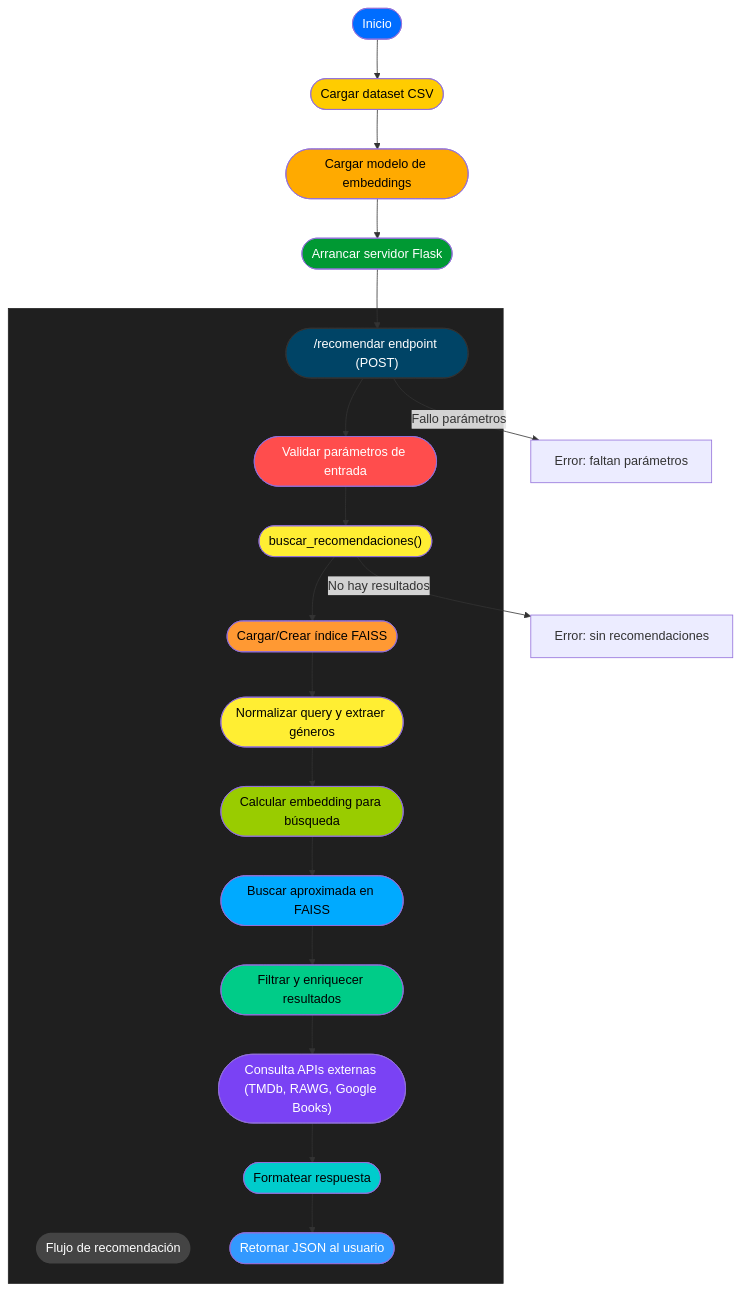
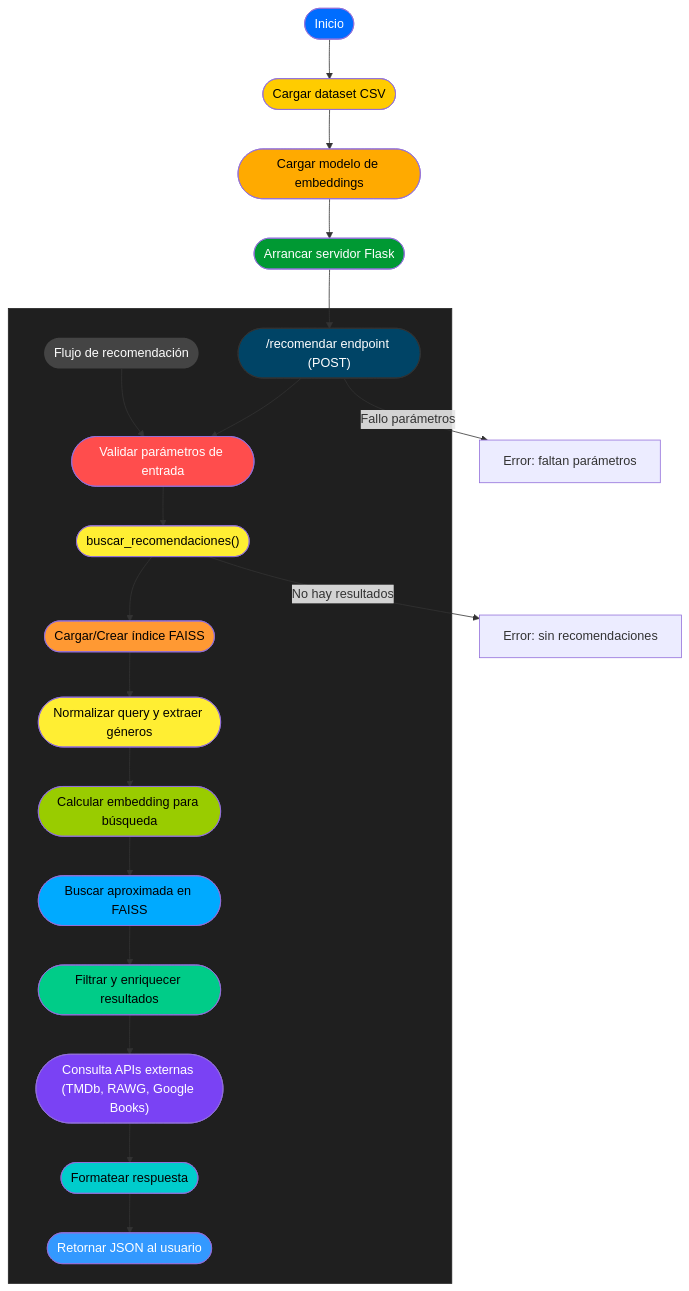
One commit to GerardoBlazquez/Sistema-de-Recomendaciones-Cruzadas changed the diagram in README.md. Above: the diagram before and after it, drawn with Mermaid.

````diff
--- a/README.md
+++ b/README.md
@@ -45,54 +45,59 @@
 ```mermaid
 flowchart TD
     INICIO([Inicio])
     LOAD_DATASET(["Cargar dataset CSV"])
     LOAD_MODEL(["Cargar modelo de embeddings"])
     START_FLASK(["Arrancar servidor Flask"])
     RECOMENDAR_ENDPOINT(["/recomendar endpoint (POST)"])
 
     INICIO --> LOAD_DATASET
     LOAD_DATASET --> LOAD_MODEL
     LOAD_MODEL --> START_FLASK
     START_FLASK --> RECOMENDAR_ENDPOINT
 
-   subgraph Flujo_de_recomendacion[" "]
+  subgraph Flujo_de_recomendacion[" "]
+    %% Nodo título
     TITULO(["Flujo de recomendación"]):::titulo
 
+    %% Conexión fantasma para fijar TITULO arriba
+    TITULO --> VALIDA_PARAMS
+
+    %% Flujo real
     RECOMENDAR_ENDPOINT --> VALIDA_PARAMS(["Validar parámetros de entrada"])
     VALIDA_PARAMS --> BUSCA_RECOMENDACIONES(["buscar_recomendaciones()"])
     BUSCA_RECOMENDACIONES --> DATOS_INDEX(["Cargar/Crear índice FAISS"])
     DATOS_INDEX --> NORMALIZA_QUERY(["Normalizar query y extraer géneros"])
     NORMALIZA_QUERY --> CALC_EMBEDDING(["Calcular embedding para búsqueda"])
     CALC_EMBEDDING --> FAISS_SEARCH(["Buscar aproximada en FAISS"])
     FAISS_SEARCH --> FILTRA_RESULTADOS(["Filtrar y enriquecer resultados"])
     FILTRA_RESULTADOS --> EXTERNAL_API(["Consulta APIs externas (TMDb, RAWG, Google Books)"])
     EXTERNAL_API --> FORMATEA_RESPONSE(["Formatear respuesta"])
     FORMATEA_RESPONSE --> RETURN_JSON(["Retornar JSON al usuario"])
 end
 
 classDef titulo fill:#444444,color:#ffffff,stroke:none;
 
     RECOMENDAR_ENDPOINT -->|Fallo parámetros| ERROR_PARAMS["Error: faltan parámetros"]
     BUSCA_RECOMENDACIONES -->|No hay resultados| ERROR_NO_RESULTS["Error: sin recomendaciones"]
 
     %% Estilos con más contraste
     style INICIO fill:#006dff,color:#ffffff
     style LOAD_DATASET fill:#ffcc00,color:#000000
     style LOAD_MODEL fill:#ffaa00,color:#000000
     style START_FLASK fill:#009933,color:#ffffff
     style RECOMENDAR_ENDPOINT fill:#004466,stroke:#333,color:#ffffff
 
     style VALIDA_PARAMS fill:#ff4d4d,color:#ffffff
     style BUSCA_RECOMENDACIONES fill:#ffee33,color:#000000
     style DATOS_INDEX fill:#ff9933,color:#000000
     style NORMALIZA_QUERY fill:#ffee33,color:#000000
     style CALC_EMBEDDING fill:#99cc00,color:#000000
     style FAISS_SEARCH fill:#00aaff,color:#000000
     style FILTRA_RESULTADOS fill:#00cc88,color:#000000
     style EXTERNAL_API fill:#7a42f4,color:#ffffff
     style FORMATEA_RESPONSE fill:#00cccc,color:#000000
     style RETURN_JSON fill:#3399ff,color:#ffffff
 
     %% Color del subgrafo
     style Flujo_de_recomendacion fill:#1f1f1f,stroke:#222222,color:#ffffff
 ```
````
